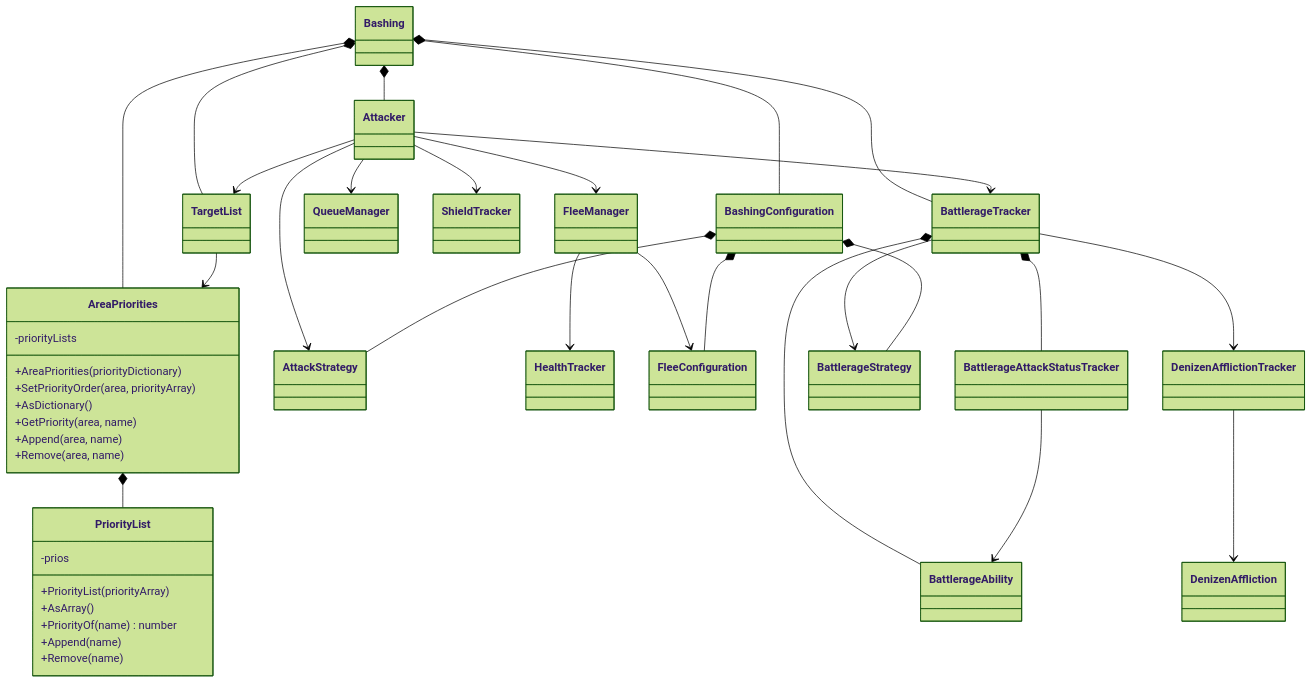
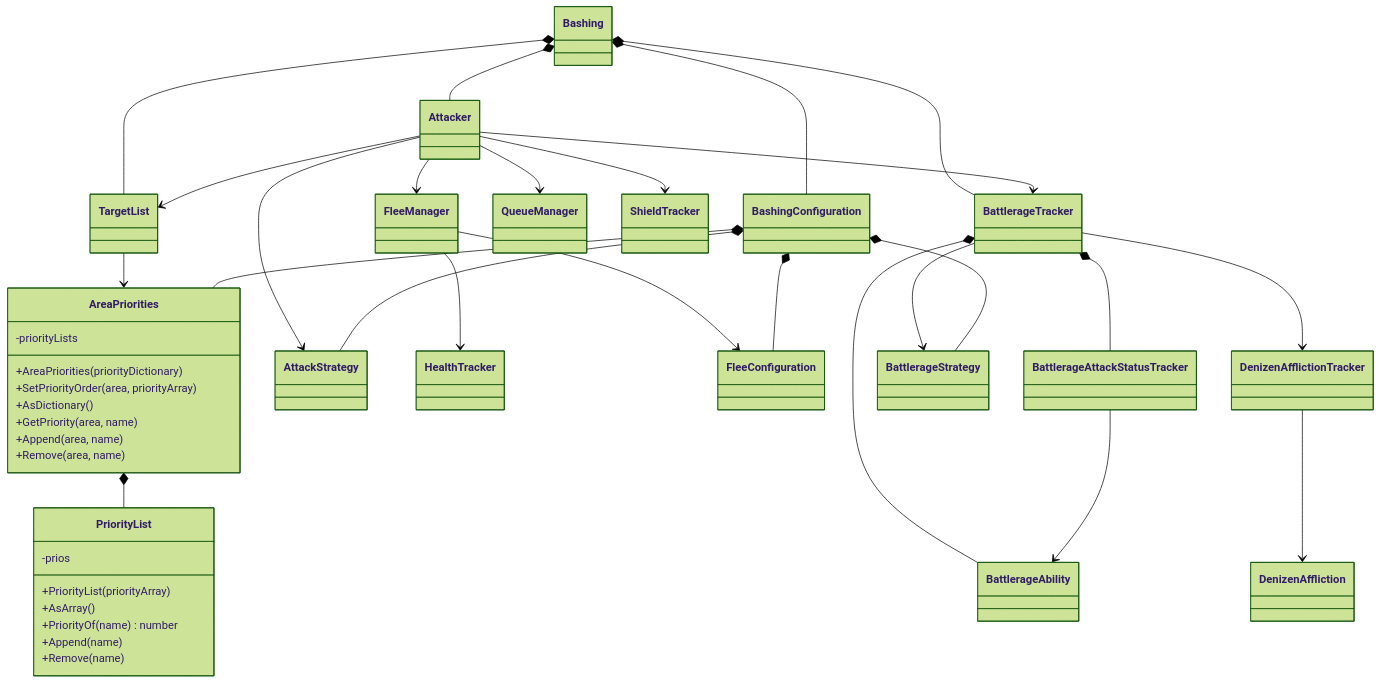
Before and after one commit to keneanung/Bashing.js-2.0: the diagram in website/docs/technical_documentation/class_interactions.md, drawn with Mermaid (forest theme).

Commit message:
Move AreaPriorities below the config

````diff
--- a/website/docs/technical_documentation/class_interactions.md
+++ b/website/docs/technical_documentation/class_interactions.md
@@ -5,56 +5,56 @@
 ```mermaid
 classDiagram
 
 class PriorityList{
   -prios
   +PriorityList(priorityArray)
   +AsArray()
   +PriorityOf( name) number
   +Append(name)
   +Remove(name)
 }
 
 class AreaPriorities{
   -priorityLists
   +AreaPriorities(priorityDictionary)
   +SetPriorityOrder(area, priorityArray)
   +AsDictionary()
   +GetPriority(area, name)
   +Append(area, name)
   +Remove(area, name)
 }
 
-Bashing *-- AreaPriorities
 Bashing *-- TargetList
 Bashing *-- Attacker
 Bashing *-- BattlerageTracker
 Bashing *-- BashingConfiguration
 
 AreaPriorities *-- PriorityList
 
 TargetList --> AreaPriorities
 
 Attacker --> TargetList
 Attacker --> QueueManager
 Attacker --> BattlerageTracker
 Attacker --> AttackStrategy
 Attacker --> ShieldTracker
 Attacker --> FleeManager
 
 FleeManager --> HealthTracker
 FleeManager --> FleeConfiguration
 
 BattlerageTracker *-- BattlerageAbility
 BattlerageTracker *-- BattlerageAttackStatusTracker
 BattlerageTracker --> BattlerageStrategy
 BattlerageTracker --> DenizenAfflictionTracker
 
 BattlerageAttackStatusTracker --> BattlerageAbility
 
 DenizenAfflictionTracker --> DenizenAffliction
 
 BashingConfiguration *-- AttackStrategy
 BashingConfiguration *-- FleeConfiguration
 BashingConfiguration *-- BattlerageStrategy
+BashingConfiguration *-- AreaPriorities
 
 ```
````
